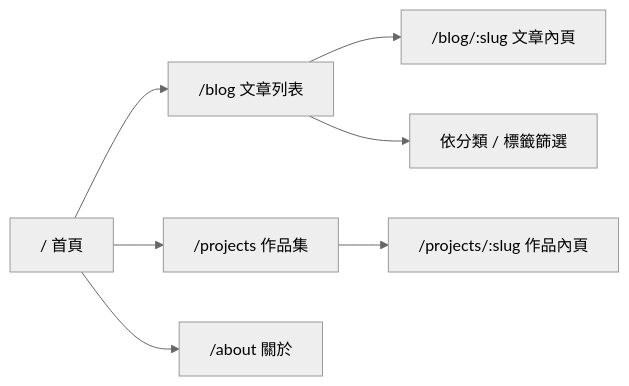
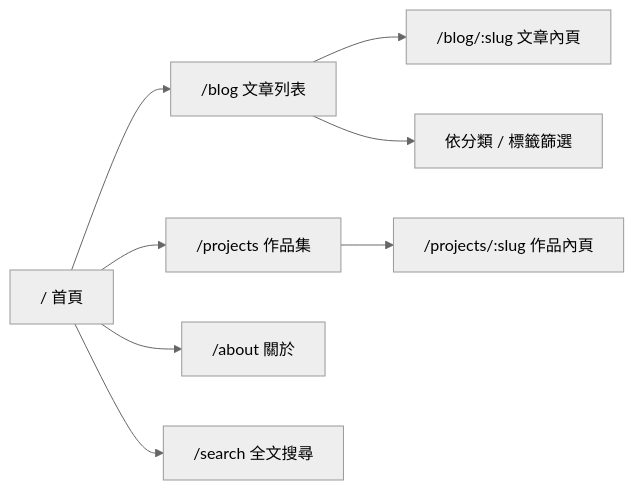
One commit to leo031523/website changed the eighth of 10 diagrams in require_docs/系統規格書V2.md. Above: the diagram before and after it, drawn with Mermaid (neutral theme). The commit also changed other lines of this file and 2 other files, not shown here.

````diff
--- a/require_docs/系統規格書V2.md
+++ b/require_docs/系統規格書V2.md
@@ -554,9 +559,10 @@
 ```mermaid
 flowchart LR
     Home["/ 首頁"] --> Blog["/blog 文章列表"]
     Home --> Portfolio["/projects 作品集"]
     Home --> About["/about 關於"]
+    Home --> Search["/search 全文搜尋"]
     Blog --> Post["/blog/:slug 文章內頁"]
     Portfolio --> Project["/projects/:slug 作品內頁"]
     Blog --> Filter["依分類 / 標籤篩選"]
 ```
````
